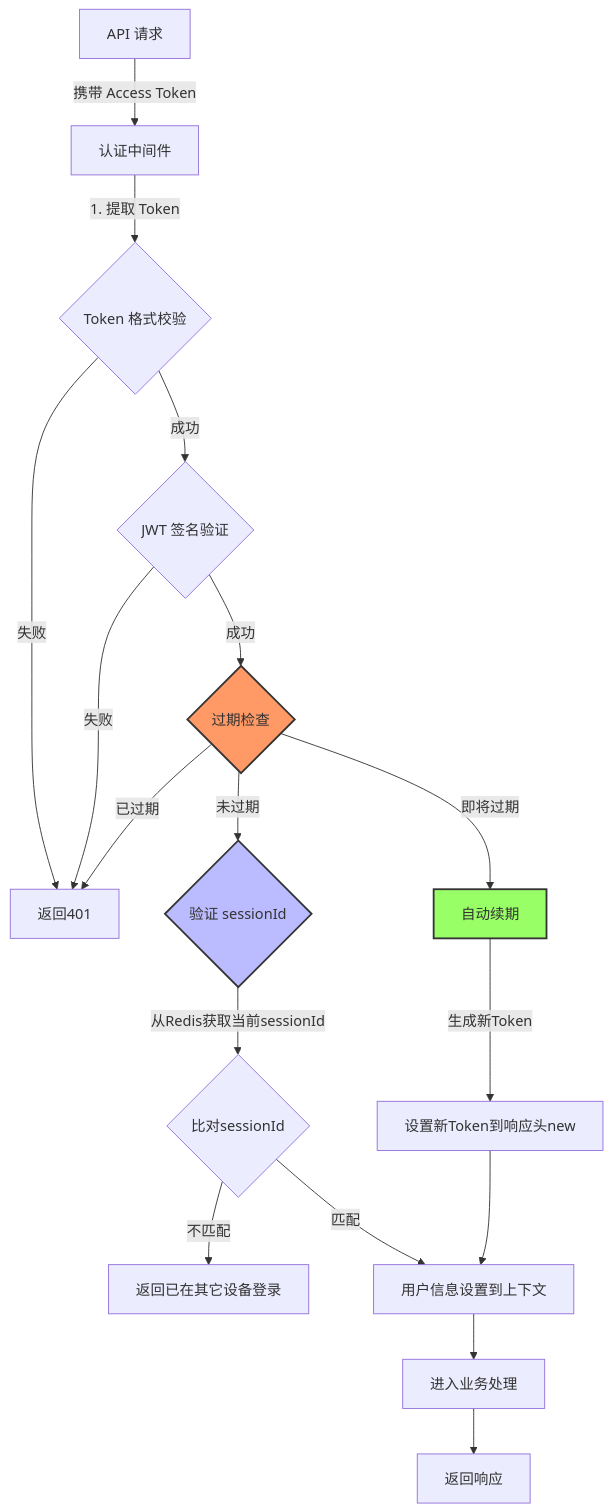
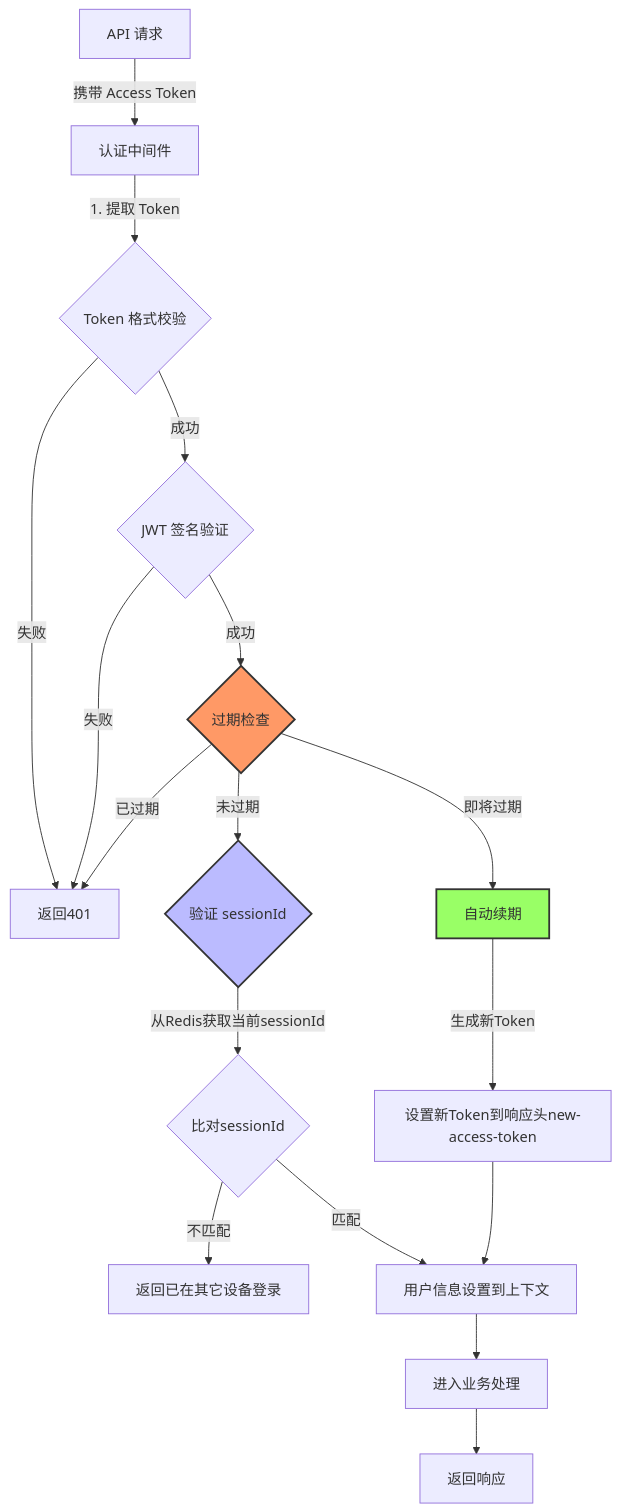
One commit to yingjianzh/iodraw-files changed the diagram in all/未命名-13.md. Above: the diagram before and after it, drawn with Mermaid.

Commit message:
2025-01-02 16:11:10 update

````diff
--- a/all/未命名-13.md
+++ b/all/未命名-13.md
@@ -1,29 +1,29 @@
 ```mermaid
 
 flowchart TD
     
     A[API 请求] -->|携带 Access Token| B[认证中间件]
     B -->|1. 提取 Token| C{Token 格式校验}
     C -->|失败| D[返回401]
     C -->|成功| E{JWT 签名验证}
     E -->|失败| D
     E -->|成功| F{过期检查}
     
     F -->|已过期| D
     F -->|即将过期| G[自动续期]
     F -->|未过期| H{验证 sessionId}
     
     H -->|从Redis获取当前sessionId| I{比对sessionId}
     I -->|不匹配| J[返回已在其它设备登录]
     I -->|匹配| K[用户信息设置到上下文]
     K --> L[进入业务处理]
     L --> N[返回响应]
     
-    G -->|生成新Token| M[设置新Token到响应头new]
+    G -->|生成新Token| M[设置新Token到响应头new-access-token]
     M --> K
 
     style F fill:#f96,stroke:#333,stroke-width:2px
     style H fill:#bbf,stroke:#333,stroke-width:2px
     style G fill:#9f6,stroke:#333,stroke-width:2px
 
 ```
````
